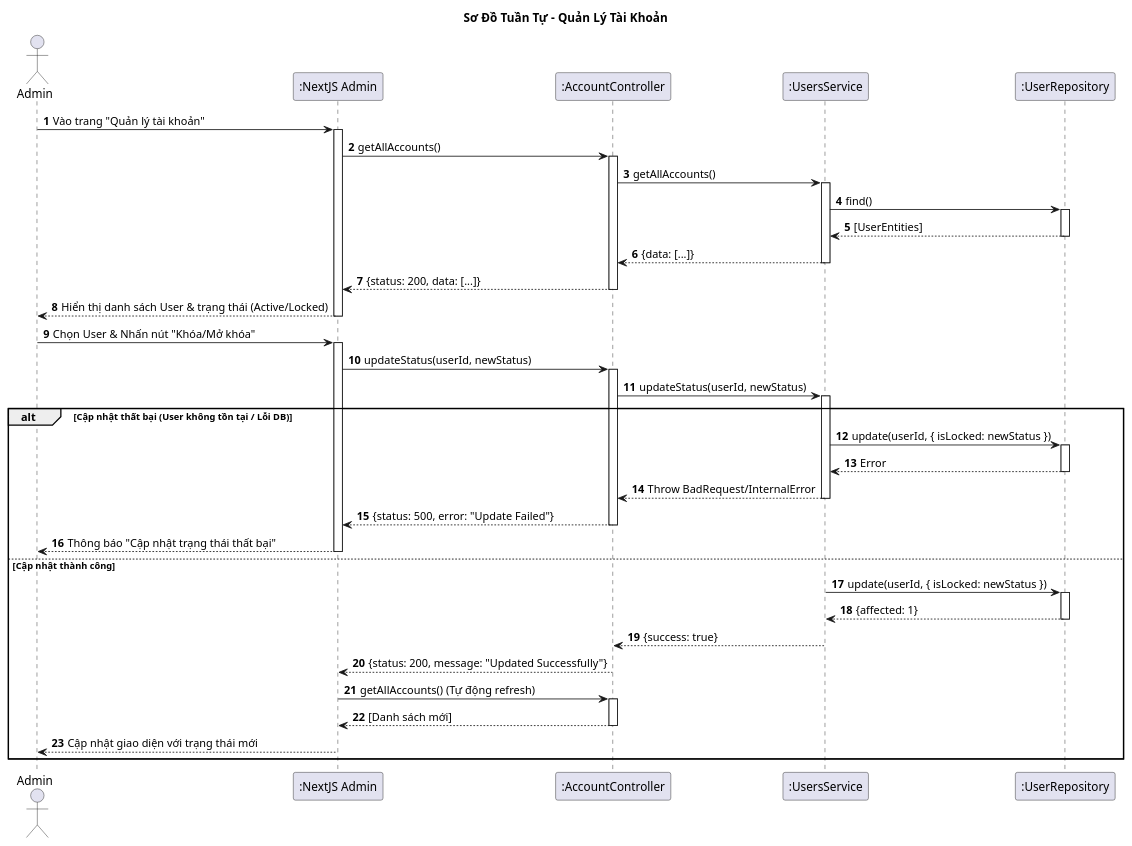
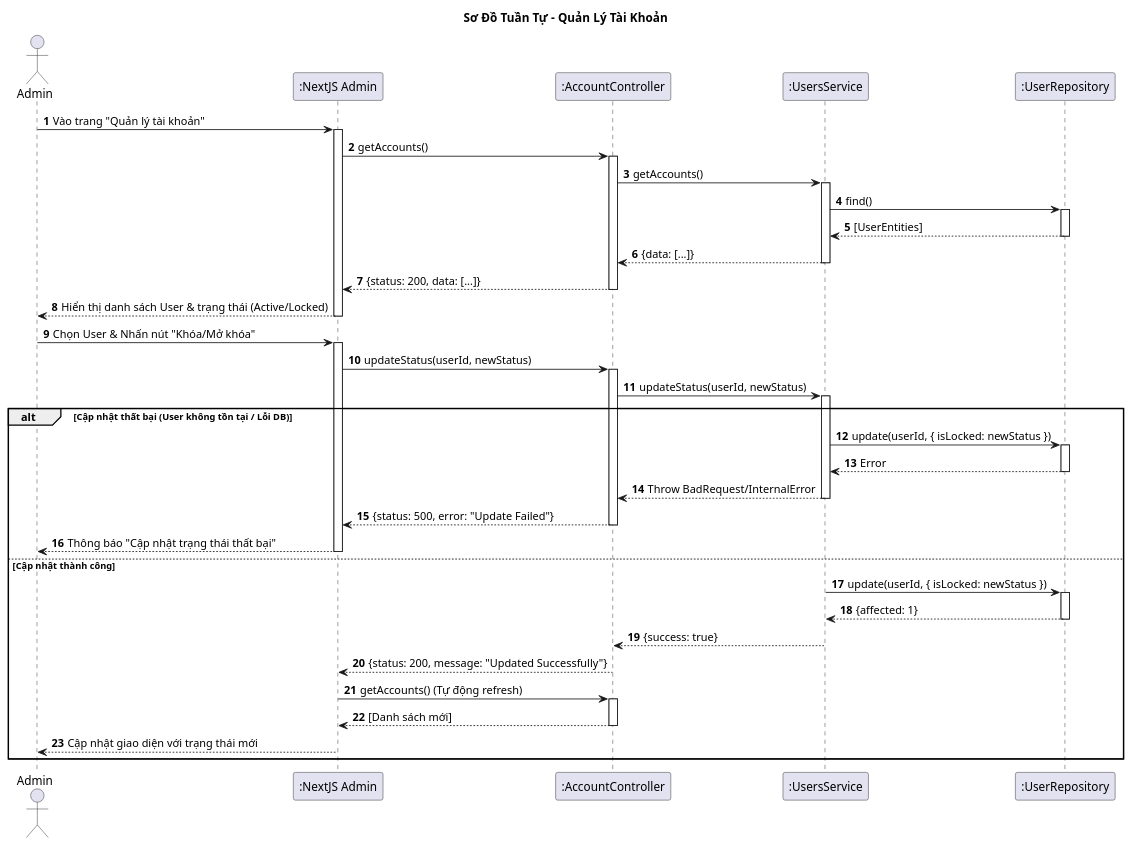
Before and after one commit to vinh047/soundwave: the diagram in Diagrams/SequenceDiagram/ManageAccountSD.plantuml, drawn with PlantUML. The commit also changed 20 other files, not shown here.

```diff
--- a/Diagrams/SequenceDiagram/ManageAccountSD.plantuml
+++ b/Diagrams/SequenceDiagram/ManageAccountSD.plantuml
@@ -1,84 +1,84 @@
 @startuml Sequence Diagram - Quản Lý Tài Khoản 
 
 title Sơ Đồ Tuần Tự - Quản Lý Tài Khoản 
 
 actor "Admin" as Admin
 participant ":NextJS Admin" as UI
 participant ":AccountController" as Controller
 participant ":UsersService" as Service
 participant ":UserRepository" as DB
 
 autonumber
 
 ' === BƯỚC 1: TẢI DANH SÁCH ===
 Admin -> UI: Vào trang "Quản lý tài khoản"
 activate UI
-UI -> Controller: getAllAccounts()
+UI -> Controller: getAccounts()
 activate Controller
-Controller -> Service: getAllAccounts()
+Controller -> Service: getAccounts()
 activate Service
 
 Service -> DB: find()
 activate DB
 DB --> Service: [UserEntities]
 deactivate DB
 
 Service --> Controller: {data: [...]}
 deactivate Service
 Controller --> UI: {status: 200, data: [...]}
 deactivate Controller
 UI --> Admin: Hiển thị danh sách User & trạng thái (Active/Locked)
 deactivate UI
 
 ' === BƯỚC 2: THAY ĐỔI TRẠNG THÁI (KHÓA / MỞ KHÓA) ===
 ' Use case nói: Khóa hoặc Mở khóa -> Ta dùng tham số status để đại diện cả 2
 Admin -> UI: Chọn User & Nhấn nút "Khóa/Mở khóa"
 activate UI
 
 ' Gửi status ngược lại với hiện tại (VD: đang Active -> gửi Locked)
 UI -> Controller: updateStatus(userId, newStatus)
 activate Controller
 
 Controller -> Service: updateStatus(userId, newStatus)
 activate Service
 
 ' === BƯỚC 3: CẬP NHẬT DB ===
 alt Cập nhật thất bại (User không tồn tại / Lỗi DB)
     Service -> DB: update(userId, { isLocked: newStatus })
     activate DB
     DB --> Service: Error
     deactivate DB
     
     Service --> Controller: Throw BadRequest/InternalError
     deactivate Service
     Controller --> UI: {status: 500, error: "Update Failed"}
     deactivate Controller
     
     UI --> Admin: Thông báo "Cập nhật trạng thái thất bại"
     deactivate UI
 
 else Cập nhật thành công
     Service -> DB: update(userId, { isLocked: newStatus })
     activate DB
     DB --> Service: {affected: 1}
     deactivate DB
     
     Service --> Controller: {success: true}
     deactivate Service
     
     ' === BƯỚC 4: LÀM MỚI DỮ LIỆU ===
     ' Cách tối ưu: Trả về success, Client tự reload hoặc update state
     Controller --> UI: {status: 200, message: "Updated Successfully"}
     deactivate Controller
     
     ' Client tự động gọi lại API lấy danh sách (hoặc tự sửa UI)
-    UI -> Controller: getAllAccounts() (Tự động refresh)
+    UI -> Controller: getAccounts() (Tự động refresh)
     activate Controller
     ' ... (Lặp lại quy trình lấy danh sách như Bước 1) ...
     Controller --> UI: [Danh sách mới]
     deactivate Controller
     
     UI --> Admin: Cập nhật giao diện với trạng thái mới
     deactivate UI
 end
 @enduml
```
